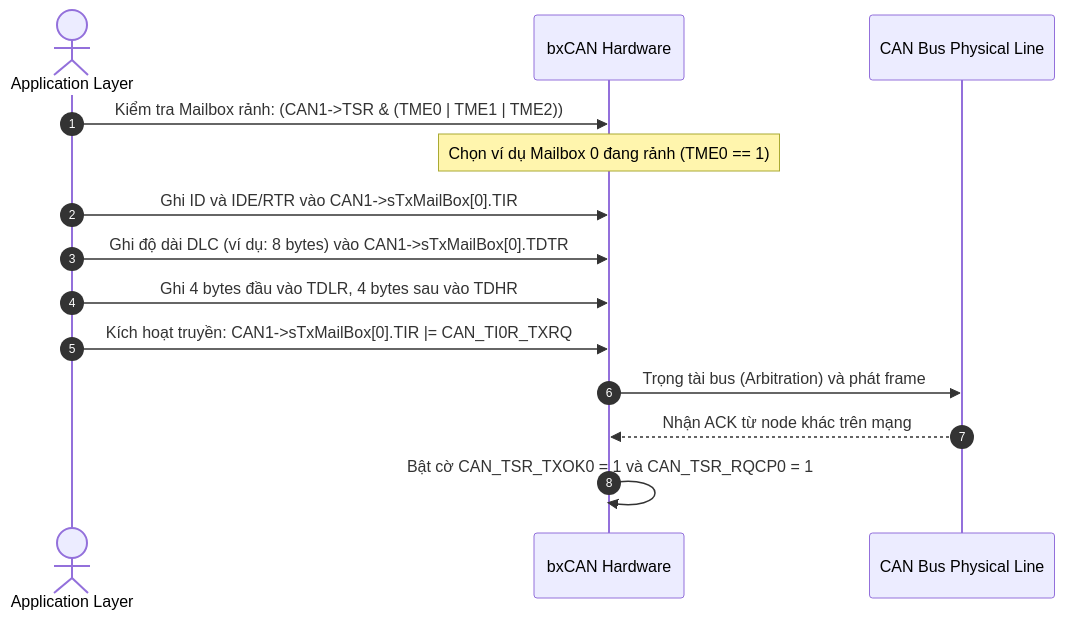
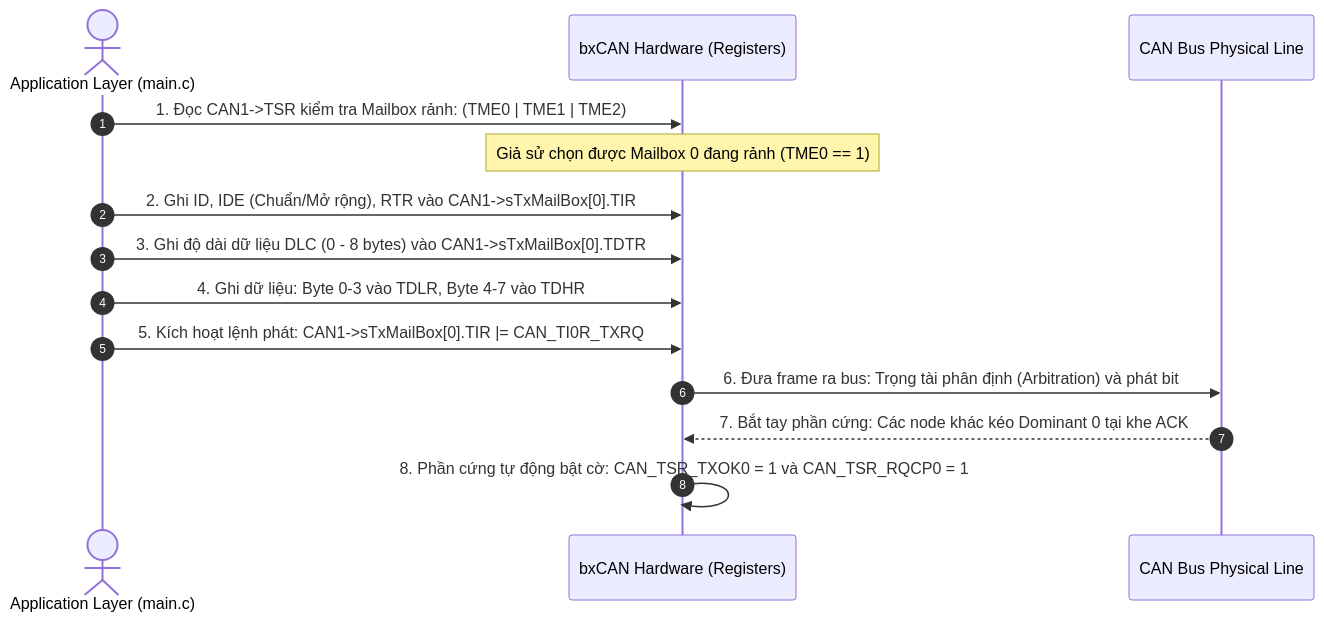
The second of 2 diagrams in day03_learning_guide.md (HuynhTran112/source), drawn with Mermaid before and after one commit. The commit also changed other lines of this file, not shown here.

````diff
--- a/day03_learning_guide.md
+++ b/day03_learning_guide.md
@@ -563,17 +626,17 @@
 ```mermaid
 sequenceDiagram
     autonumber
-    actor App as Application Layer
-    participant CAN as bxCAN Hardware
+    actor App as Application Layer (main.c)
+    participant CAN as bxCAN Hardware (Registers)
     participant Bus as CAN Bus Physical Line
 
-    App->>CAN: Kiểm tra Mailbox rảnh: (CAN1->TSR & (TME0 | TME1 | TME2))
-    Note over CAN: Chọn ví dụ Mailbox 0 đang rảnh (TME0 == 1)
-    App->>CAN: Ghi ID và IDE/RTR vào CAN1->sTxMailBox[0].TIR
-    App->>CAN: Ghi độ dài DLC (ví dụ: 8 bytes) vào CAN1->sTxMailBox[0].TDTR
-    App->>CAN: Ghi 4 bytes đầu vào TDLR, 4 bytes sau vào TDHR
-    App->>CAN: Kích hoạt truyền: CAN1->sTxMailBox[0].TIR |= CAN_TI0R_TXRQ
-    CAN->>Bus: Trọng tài bus (Arbitration) và phát frame
-    Bus-->>CAN: Nhận ACK từ node khác trên mạng
-    CAN->>CAN: Bật cờ CAN_TSR_TXOK0 = 1 và CAN_TSR_RQCP0 = 1
+    App->>CAN: 1. Đọc CAN1->TSR kiểm tra Mailbox rảnh: (TME0 | TME1 | TME2)
+    Note over CAN: Giả sử chọn được Mailbox 0 đang rảnh (TME0 == 1)
+    App->>CAN: 2. Ghi ID, IDE (Chuẩn/Mở rộng), RTR vào CAN1->sTxMailBox[0].TIR
+    App->>CAN: 3. Ghi độ dài dữ liệu DLC (0 - 8 bytes) vào CAN1->sTxMailBox[0].TDTR
+    App->>CAN: 4. Ghi dữ liệu: Byte 0-3 vào TDLR, Byte 4-7 vào TDHR
+    App->>CAN: 5. Kích hoạt lệnh phát: CAN1->sTxMailBox[0].TIR |= CAN_TI0R_TXRQ
+    CAN->>Bus: 6. Đưa frame ra bus: Trọng tài phân định (Arbitration) và phát bit
+    Bus-->>CAN: 7. Bắt tay phần cứng: Các node khác kéo Dominant 0 tại khe ACK
+    CAN->>CAN: 8. Phần cứng tự động bật cờ: CAN_TSR_TXOK0 = 1 và CAN_TSR_RQCP0 = 1
 ```
````
